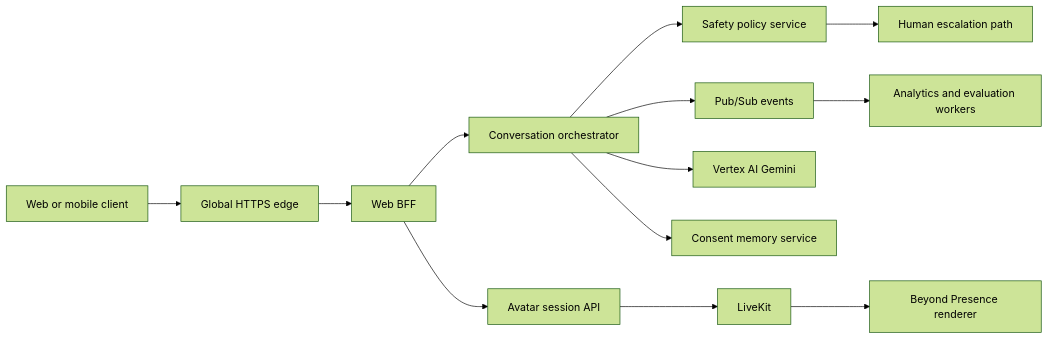
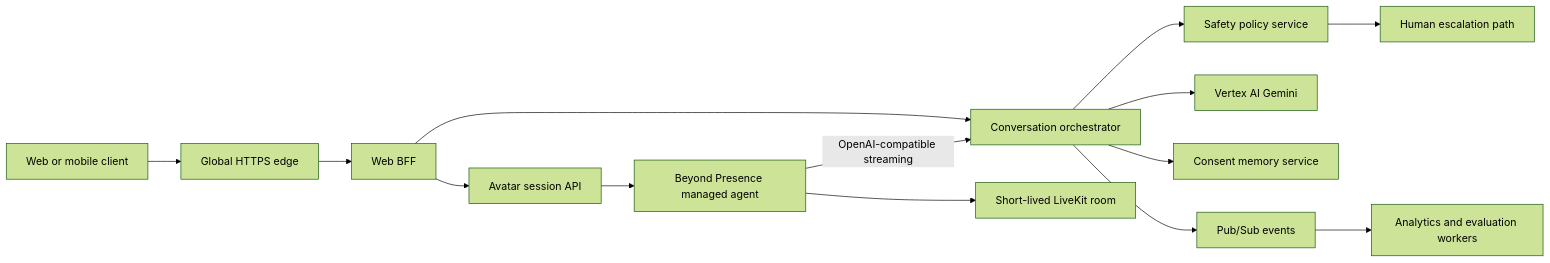
One commit to thanoban/newchapter-ai changed the diagram in docs/ARCHITECTURE.md. Above: the diagram before and after it, drawn with Mermaid (forest theme). The commit also changed other lines of this file and 11 other files, not shown here.

Commit message:
Integrate Vertex care agent with Beyond Presence

````diff
--- a/docs/ARCHITECTURE.md
+++ b/docs/ARCHITECTURE.md
@@ -12,15 +12,16 @@
 ```mermaid
 flowchart LR
   U[Web or mobile client] --> E[Global HTTPS edge]
   E --> B[Web BFF]
   B --> O[Conversation orchestrator]
   B --> A[Avatar session API]
-  A --> L[LiveKit]
-  L --> P[Beyond Presence renderer]
+  A --> P[Beyond Presence managed agent]
+  P --> L[Short-lived LiveKit room]
+  P -->|OpenAI-compatible streaming| O
   O --> S[Safety policy service]
   O --> V[Vertex AI Gemini]
   O --> M[Consent memory service]
   O --> Q[Pub/Sub events]
   S --> H[Human escalation path]
   Q --> W[Analytics and evaluation workers]
 ```
````
